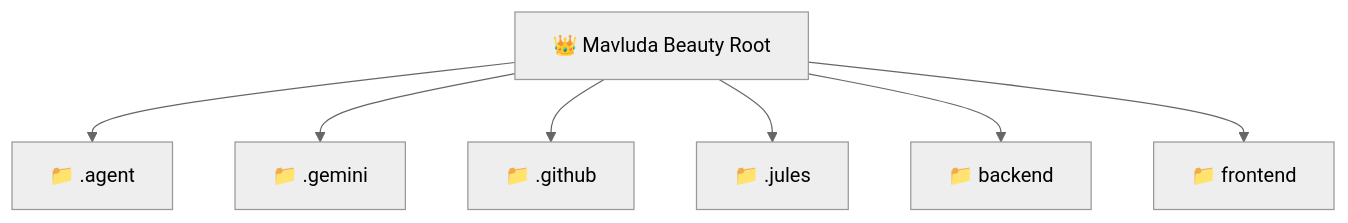
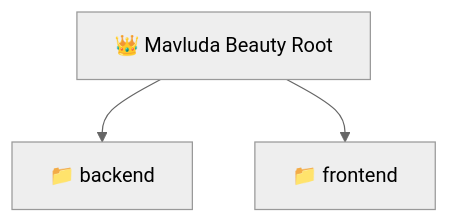
The diagram in README.md (beginwebdev2002/fullstack-mavluda), drawn with Mermaid (neutral theme) before and after one commit. The commit also changed other lines of this file and 156 other files, not shown here.

First line of the commit message:
docs: generate comprehensive localized readmes for 100% architectural transparency

````diff
--- a/README.md
+++ b/README.md
@@ -9,10 +9,6 @@
 ```mermaid
 graph TD
-  Root["👑 Mavluda Beauty Root"]
-  Root --> agent["📁 .agent"]
-  Root --> gemini["📁 .gemini"]
-  Root --> github["📁 .github"]
-  Root --> jules["📁 .jules"]
-  Root --> backend["📁 backend"]
-  Root --> frontend["📁 frontend"]
+  Mavluda_Beauty_Root["👑 Mavluda Beauty Root"]
+  Mavluda_Beauty_Root --> backend["📁 backend"]
+  Mavluda_Beauty_Root --> frontend["📁 frontend"]
 ```
````
